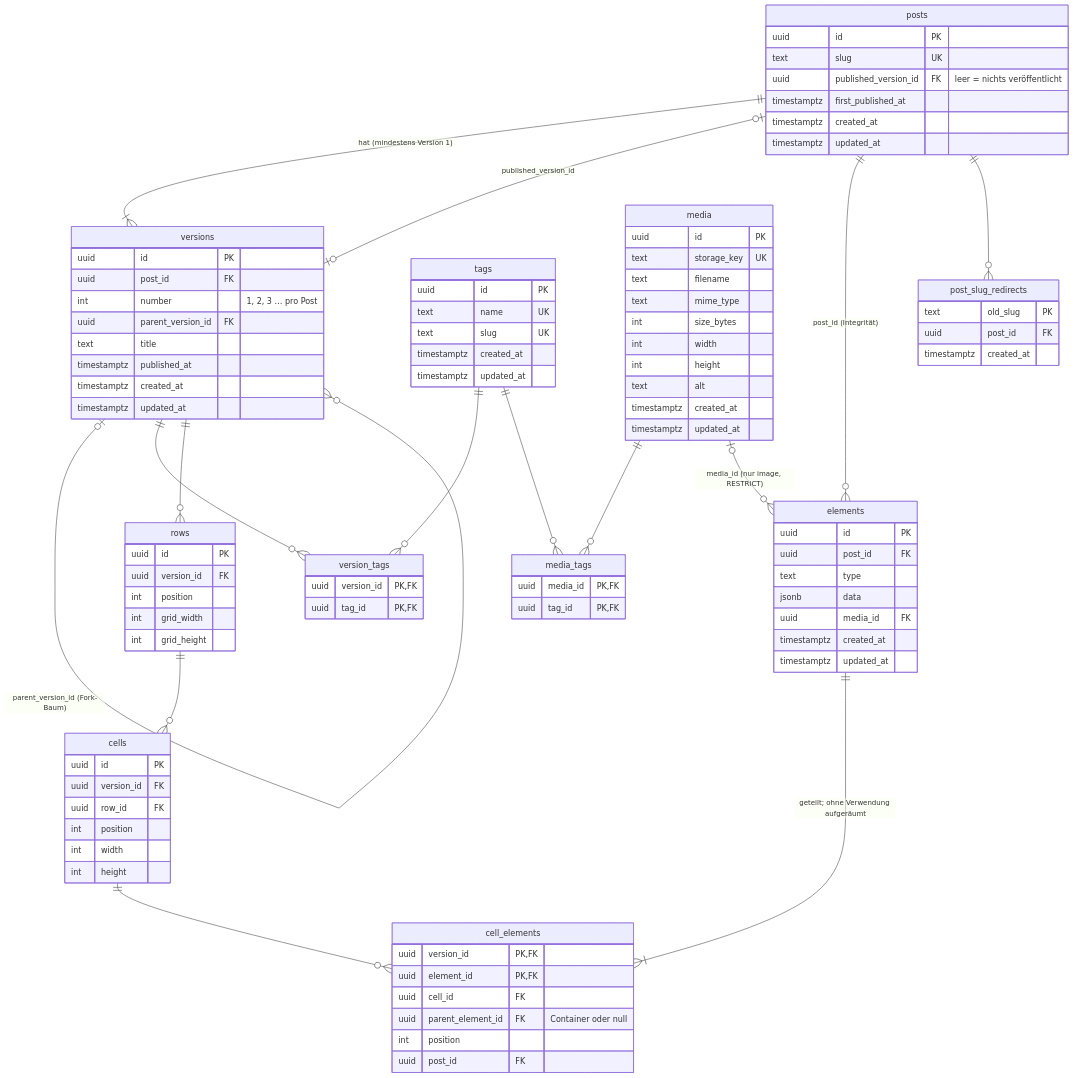
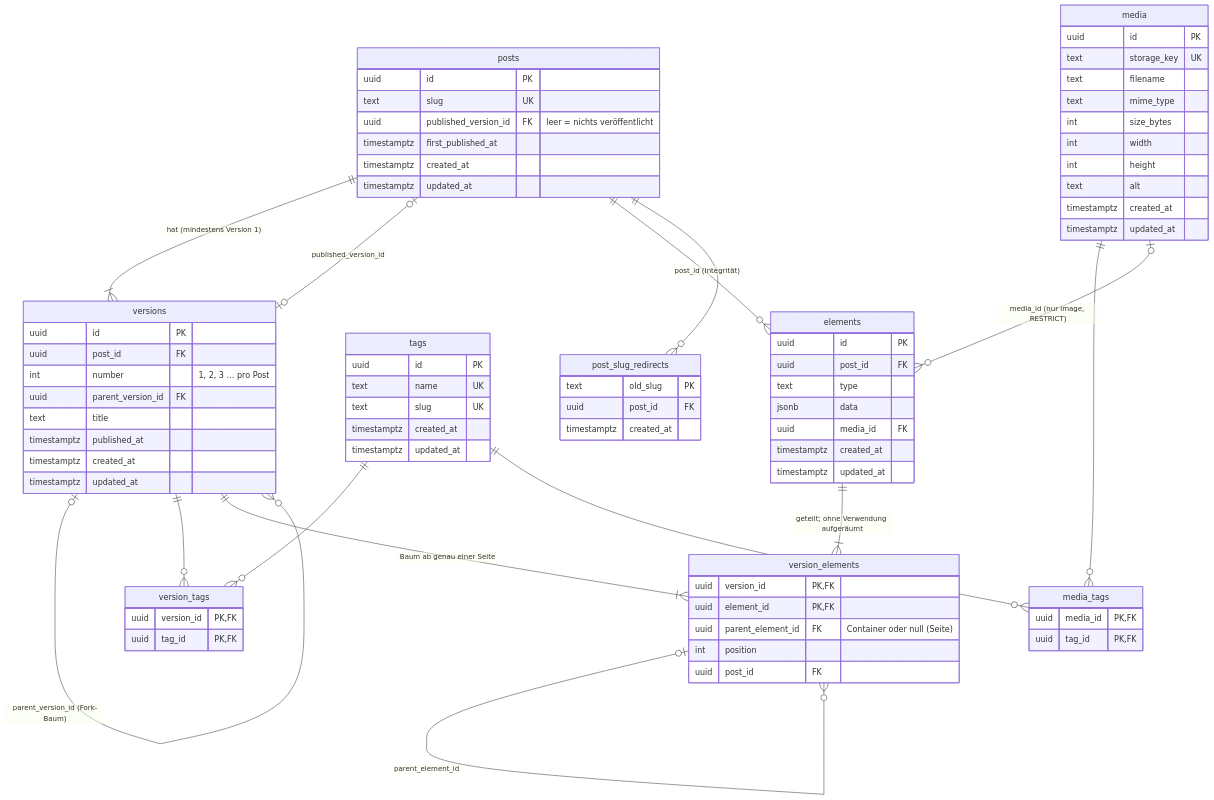
The diagram in docs/concept.md (weedukind/root-yourself), drawn with Mermaid before and after one commit. The commit also changed other lines of this file and 51 other files, not shown here.

First line of the commit message:
Seitenlayout als Elementbaum: Seite statt Rows und Zellen; Editor in View mit Bearbeiten

```diff
--- a/docs/concept.md
+++ b/docs/concept.md
@@ -260,10 +243,9 @@
     tags ||--o{ version_tags : ""
     tags ||--o{ media_tags : ""
     media ||--o{ media_tags : ""
-    versions ||--o{ rows : ""
-    rows ||--o{ cells : ""
-    cells ||--o{ cell_elements : ""
-    elements ||--|{ cell_elements : "geteilt; ohne Verwendung aufgeräumt"
+    versions ||--|{ version_elements : "Baum ab genau einer Seite"
+    version_elements |o--o{ version_elements : "parent_element_id"
+    elements ||--|{ version_elements : "geteilt; ohne Verwendung aufgeräumt"
     posts ||--o{ elements : "post_id (Integrität)"
     media |o--o{ elements : "media_id (nur image, RESTRICT)"
     posts ||--o{ post_slug_redirects : ""
@@ -301,26 +283,10 @@
         timestamptz created_at
         timestamptz updated_at
     }
-    rows {
-        uuid id PK
-        uuid version_id FK
-        int position
-        int grid_width
-        int grid_height
-    }
-    cells {
-        uuid id PK
-        uuid version_id FK
-        uuid row_id FK
-        int position
-        int width
-        int height
-    }
-    cell_elements {
+    version_elements {
         uuid version_id PK,FK
         uuid element_id PK,FK
-        uuid cell_id FK
-        uuid parent_element_id FK "Container oder null"
+        uuid parent_element_id FK "Container oder null (Seite)"
         int position
         uuid post_id FK
     }
```
